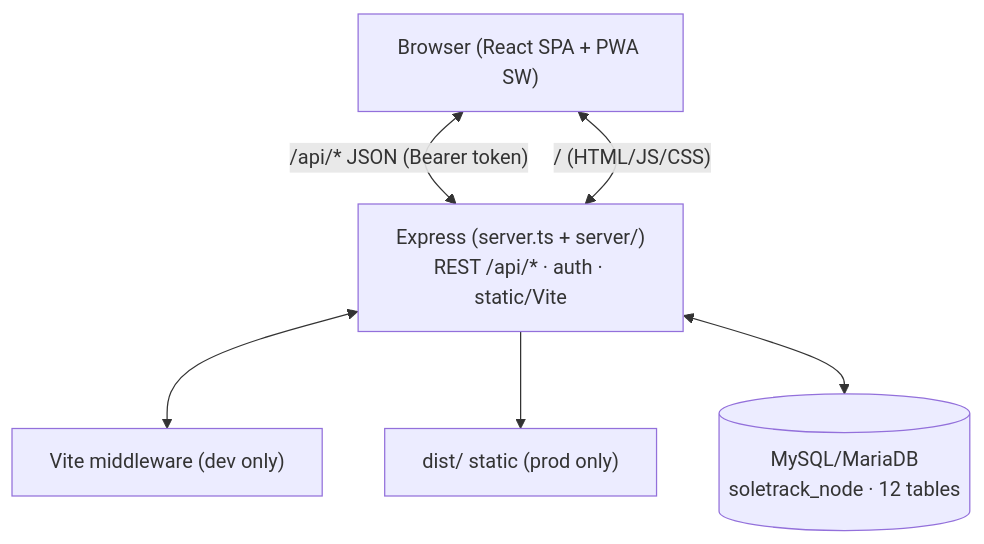
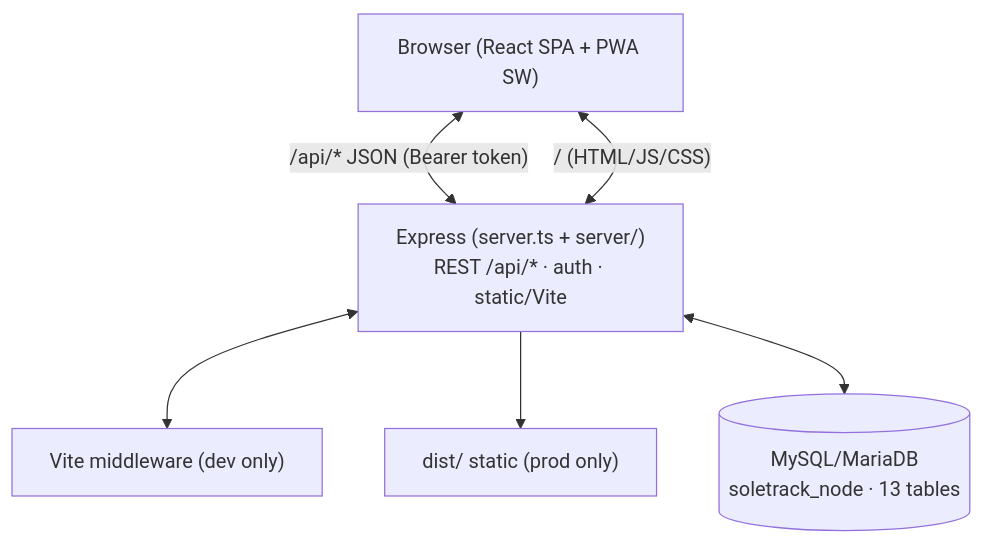
Before and after one commit to jbumalay/SoleTrack: the first of 2 diagrams in docs/architecture.md, drawn with Mermaid. The commit also changed other lines of this file and 5 other files, not shown here.

Commit message:
docs(architecture): refresh data model, flows, guide, and ADR for catalog paging, promos, returns, admin orders

````diff
--- a/docs/architecture.md
+++ b/docs/architecture.md
@@ -7,14 +7,14 @@
 ```mermaid
 flowchart TB
     Browser["Browser (React SPA + PWA SW)"]
     Express["Express (server.ts + server/)\nREST /api/* · auth · static/Vite"]
     Vite["Vite middleware (dev only)"]
     Dist["dist/ static (prod only)"]
-    MySQL[("MySQL/MariaDB\nsoletrack_node · 12 tables")]
+    MySQL[("MySQL/MariaDB\nsoletrack_node · 13 tables")]
 
     Browser <-->|"/api/* JSON (Bearer token)"| Express
     Browser <-->|"/ (HTML/JS/CSS)"| Express
     Express <--> Vite
     Express --> Dist
     Express <--> MySQL
 ```
````
